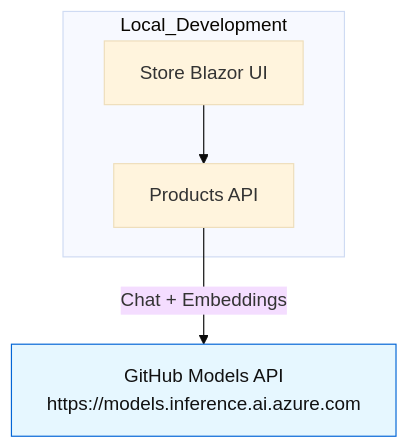
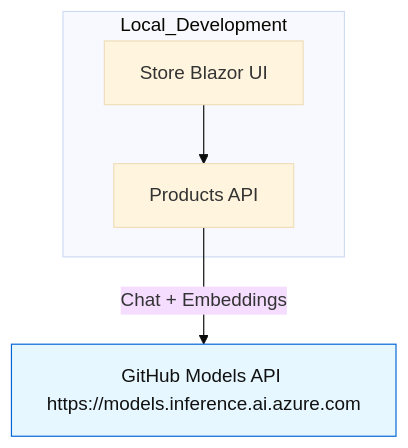
One commit to luckysuie/proj7 changed the first of 2 diagrams in scenarios/11-GitHubModels/README.md. Above: the diagram before and after it, drawn with Mermaid (base theme).

Commit message:
fix: Remove line break in Mermaid diagram for improved readability in README

````diff
--- a/scenarios/11-GitHubModels/README.md
+++ b/scenarios/11-GitHubModels/README.md
@@ -63,13 +63,13 @@
 ```mermaid
 flowchart TD
   A[Store Blazor UI] --> B[Products API]
-  B -->|Chat + Embeddings| C[GitHub Models API<br/>https://models.inference.ai.azure.com]
+  B -->|Chat + Embeddings| C[GitHub Models API https://models.inference.ai.azure.com]
 
   subgraph Local_Development
     A
     B
   end
 
   classDef cloud fill:#E6F7FF,stroke:#0366d6,color:#111
   class C cloud
 ```
````
